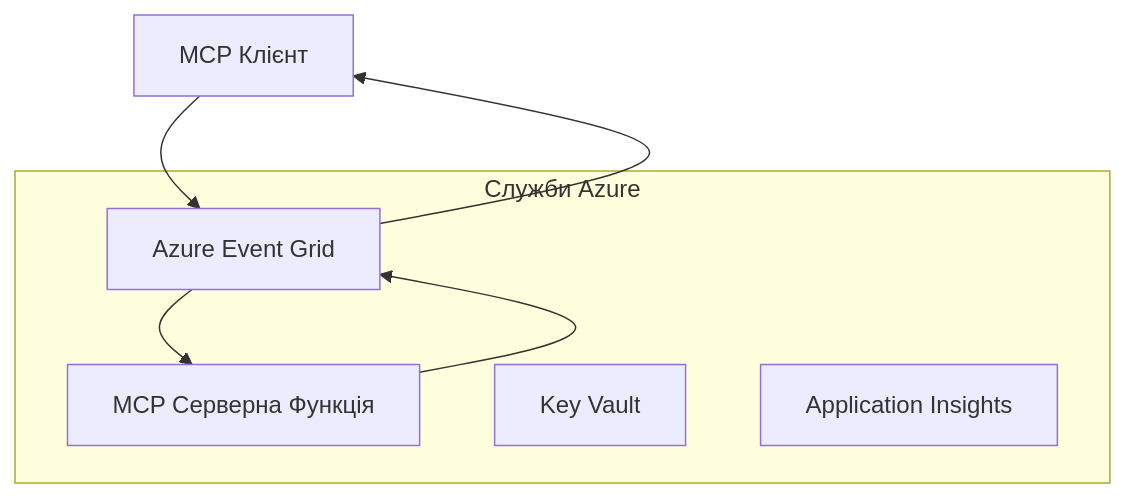
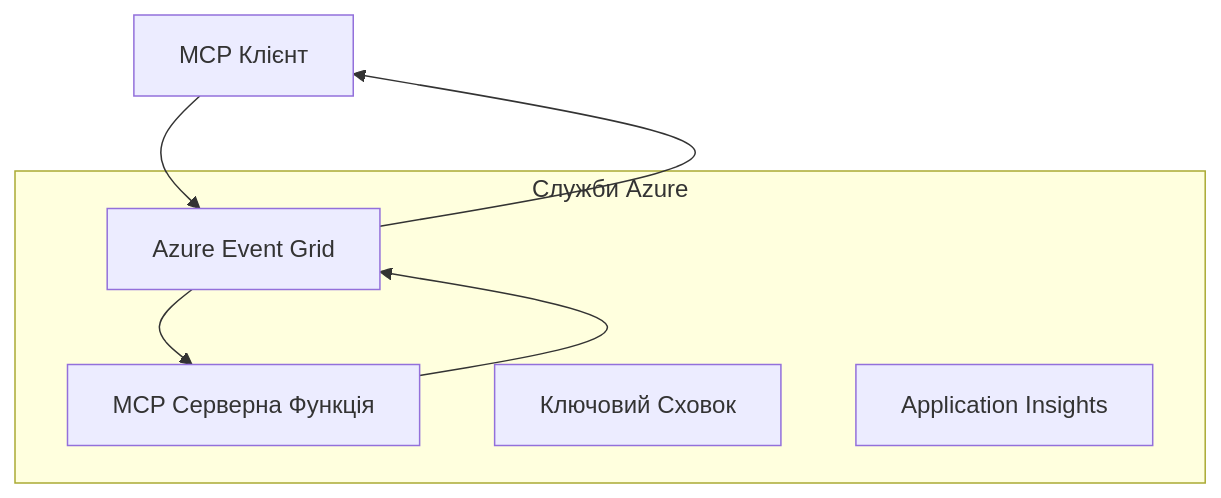
Before and after one commit to HIDORAKAI002/ai-workspace-archive: the first of 2 diagrams in mcp_ecosystem__model_context_protocol/mcp_learning_resources/mcp-for-beginners/translations/uk/05-AdvancedTopics/mcp-transport/README.md, drawn with Mermaid. The commit also changed other lines of this file and 1539 other files, not shown here.

````diff
--- a/mcp_ecosystem__model_context_protocol/mcp_learning_resources/mcp-for-beginners/translations/uk/05-AdvancedTopics/mcp-transport/README.md
+++ b/mcp_ecosystem__model_context_protocol/mcp_learning_resources/mcp-for-beginners/translations/uk/05-AdvancedTopics/mcp-transport/README.md
@@ -58,14 +58,14 @@
 ```mermaid
 graph TB
     Client[MCP Клієнт] --> EG[Azure Event Grid]
     EG --> Server[MCP Серверна Функція]
     Server --> EG
     EG --> Client
     
     subgraph "Служби Azure"
         EG
         Server
-        KV[Key Vault]
+        KV[Ключовий Сховок]
         Monitor[Application Insights]
     end
 ```
````
